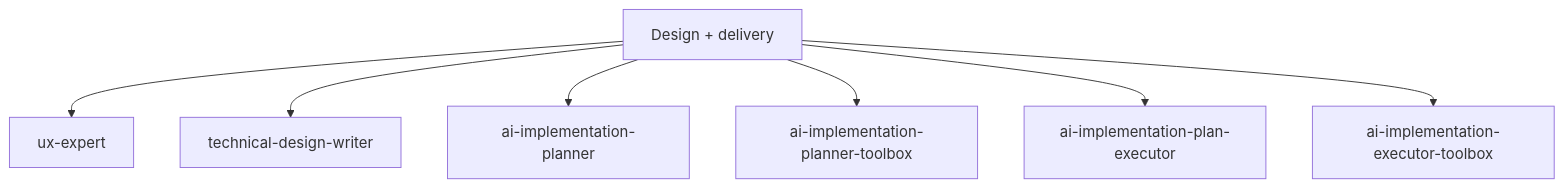
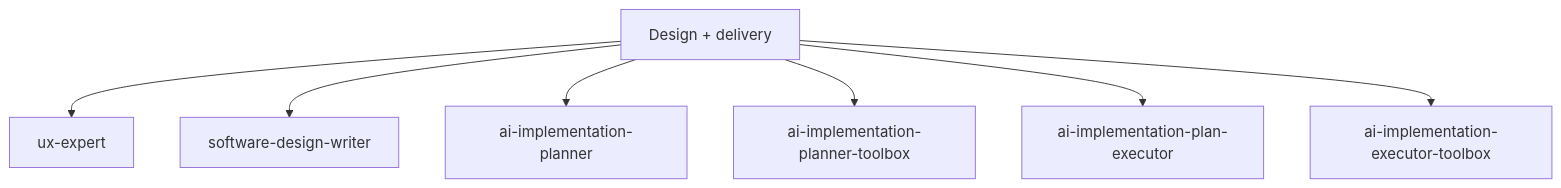
Before and after one commit to juank11memphis/ai-augmented-workflow: the third of 5 diagrams in README.md, drawn with Mermaid. The commit also changed other lines of this file and 57 other files, not shown here.

First line of the commit message:
feat!: replace architecture and feature design workflows with SAD and SDD

````diff
--- a/README.md
+++ b/README.md
@@ -163,10 +163,10 @@
 ```mermaid
 flowchart TB
   delivery["Design + delivery"]
   delivery --> uxExpert["ux-expert"]
-  delivery --> technicalDesign["technical-design-writer"]
+  delivery --> technicalDesign["software-design-writer"]
   delivery --> implementationPlanner["ai-implementation-planner"]
   delivery --> implementationPlannerToolbox["ai-implementation-planner-toolbox"]
   delivery --> implementationExecutor["ai-implementation-plan-executor"]
   delivery --> implementationExecutorToolbox["ai-implementation-executor-toolbox"]
 ```
````
